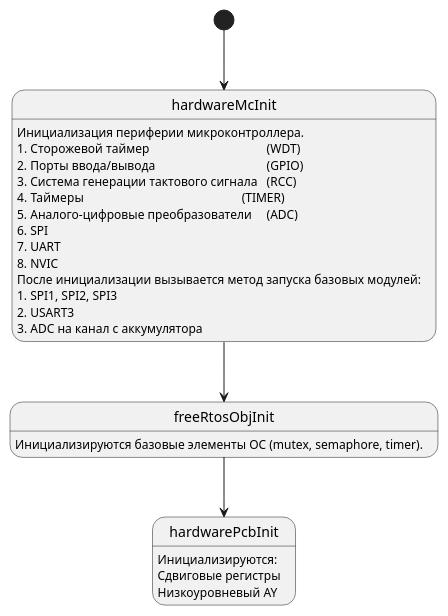
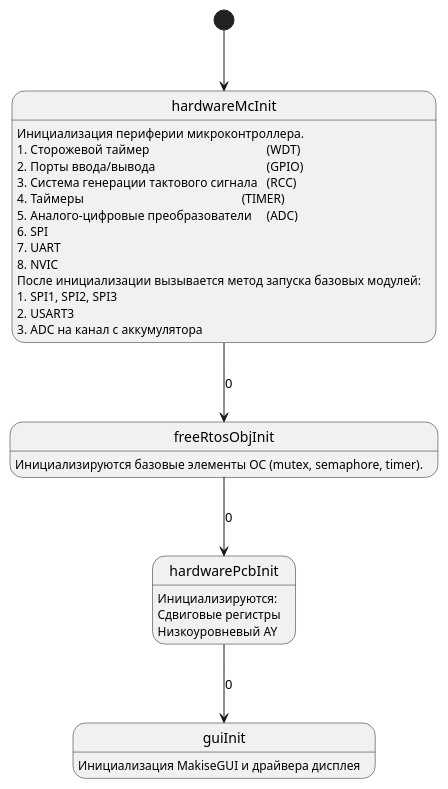
One commit to Vadimatorik/ChiptunePlayer-2.22 changed the diagram in user_code/fsm/tree/ayplayer_init_fsm.pu. Above: the diagram before and after it, drawn with PlantUML. The commit also changed 7 other files, not shown here.

```diff
--- a/user_code/fsm/tree/ayplayer_init_fsm.pu
+++ b/user_code/fsm/tree/ayplayer_init_fsm.pu
@@ -4,35 +4,41 @@
 @startuml
 
 [*] --> start
 
 state "hardwareMcInit" as start {
 start:Инициализация периферии микроконтроллера.
 start:1. Сторожевой таймер\t\t\t\t\t(WDT)
 start:2. Порты ввода/вывода\t\t\t\t\t(GPIO)
 start:3. Система генерации тактового сигнала\t(RCC)
 start:4. Таймеры\t\t\t\t\t\t\t(TIMER)
 start:5. Аналого-цифровые преобразователи\t(ADC)
 start:6. SPI
 start:7. UART
 start:8. NVIC
 start:После инициализации вызывается метод запуска базовых модулей:
 start:1. SPI1, SPI2, SPI3
 start:2. USART3
 start:3. ADC на канал с аккумулятора
 }
 
-start --> s1
+start --> s1							: 0
 
 state "freeRtosObjInit" as s1 {
 s1:Инициализируются базовые элементы ОС (mutex, semaphore, timer).
 }
 
-s1 --> s2
+s1 --> s2								: 0
 
 state "hardwarePcbInit" as s2 {
-s2: Инициализируются:
-s2: Сдвиговые регистры
-s2: Низкоуровневый AY
+s2:Инициализируются:
+s2:Сдвиговые регистры
+s2:Низкоуровневый AY
+}
+
+s2 --> s3								: 0
+
+state "guiInit" as s3 {
+s3:Инициализация MakiseGUI и драйвера дисплея
 }
 
 @enduml
```
